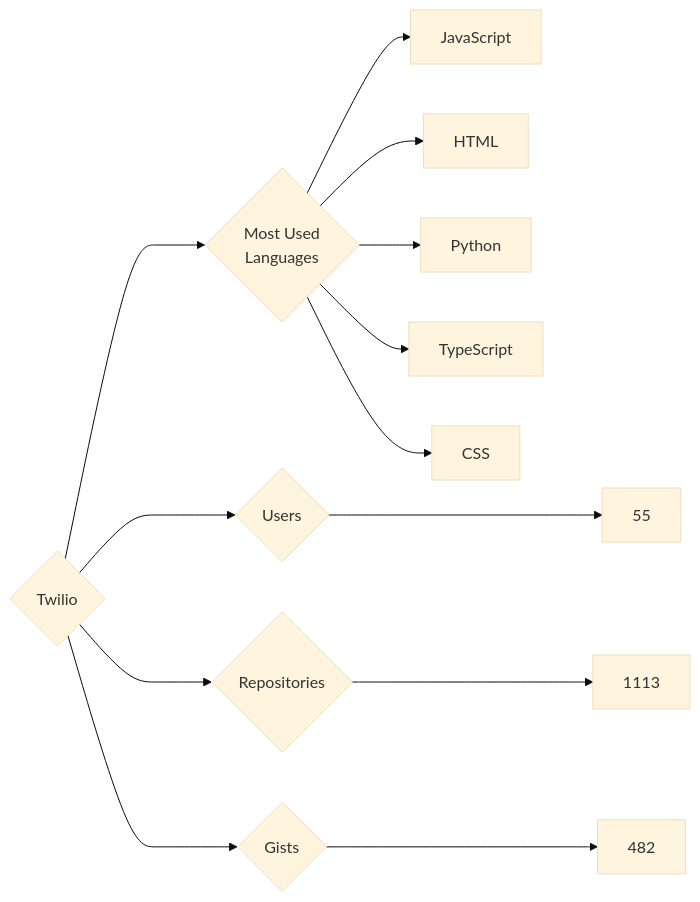
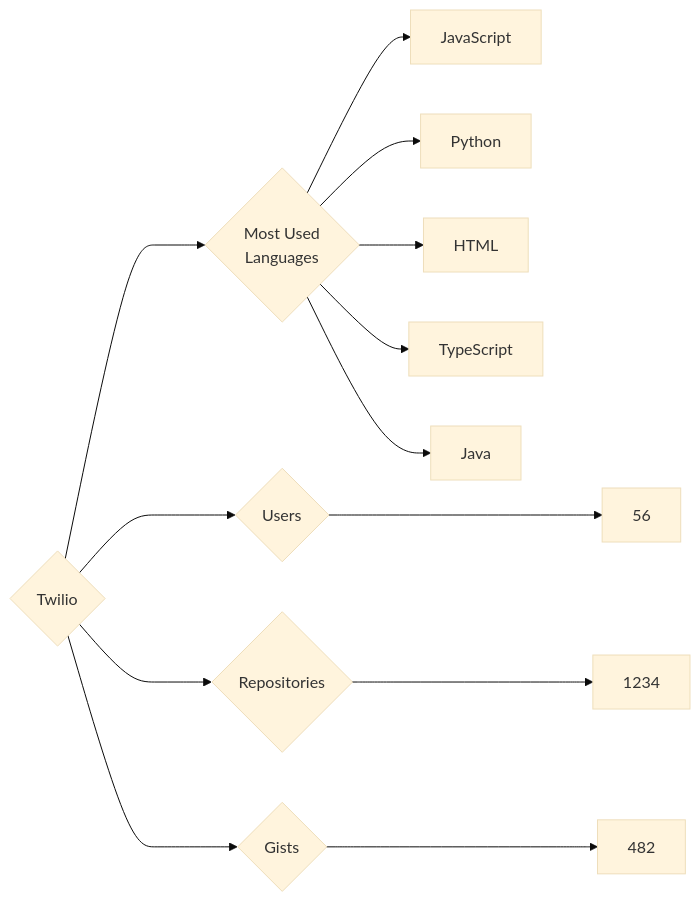
The diagram in targets/Twilio/README.md (trickest/insiders), drawn with Mermaid (base theme) before and after one commit. The commit also changed 681 other files, not shown here.

````diff
--- a/targets/Twilio/README.md
+++ b/targets/Twilio/README.md
@@ -3,13 +3,13 @@
 ```mermaid
 graph LR
 COMPANY_NAME{Twilio}
-COMPANY_NAME ---> U{Users} ---> UN[55]
-COMPANY_NAME ---> R{Repositories} ---> RN[1113]
+COMPANY_NAME ---> U{Users} ---> UN[56]
+COMPANY_NAME ---> R{Repositories} ---> RN[1234]
 COMPANY_NAME ---> G{Gists} ---> GN[482]
 COMPANY_NAME ---> ML{Most Used<br>Languages}
 ML --> JavaScript[JavaScript]
+ML --> Python[Python]
 ML --> HTML[HTML]
-ML --> Python[Python]
 ML --> TypeScript[TypeScript]
-ML --> CSS[CSS]
+ML --> Java[Java]
 ```
````
